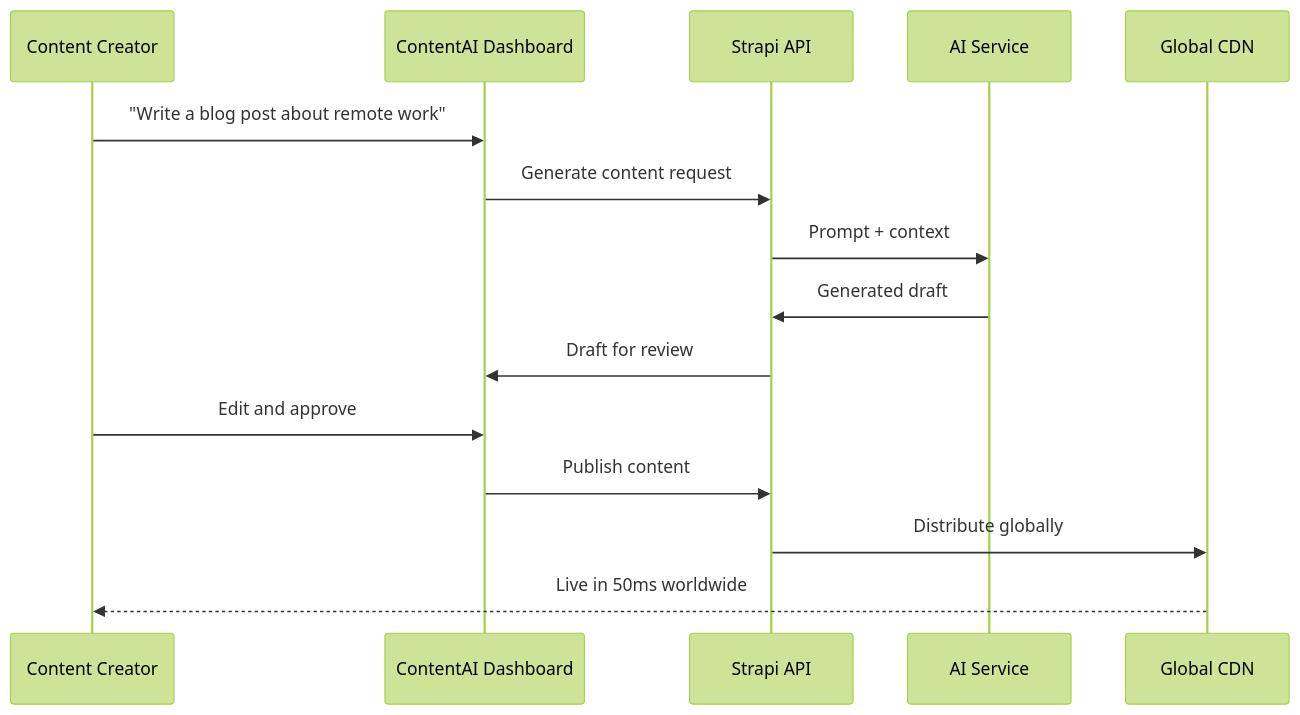
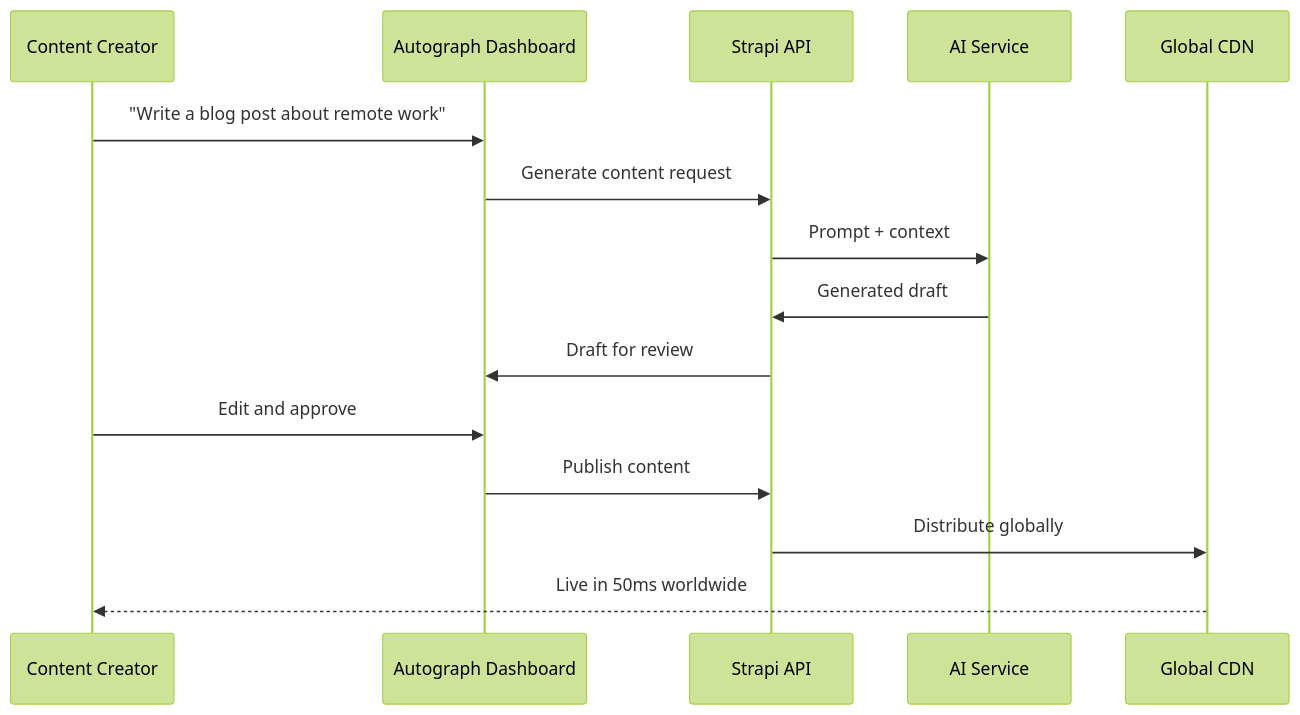
One commit to PearlThoughtsInternship/Internship-Obsidian-Vault changed the fourth of 7 diagrams in DevOps/01-Product/01-Vision.md. Above: the diagram before and after it, drawn with Mermaid (forest theme). The commit also changed other lines of this file and 1 other file, not shown here.

First line of the commit message:
rebrand: Product Vision + Security with Autograph context

````diff
--- a/DevOps/01-Product/01-Vision.md
+++ b/DevOps/01-Product/01-Vision.md
@@ -133,20 +133,20 @@
 ```mermaid
 sequenceDiagram
     participant Creator as Content Creator
-    participant UI as ContentAI Dashboard
+    participant UI as Autograph Dashboard
     participant API as Strapi API
     participant AI as AI Service
     participant CDN as Global CDN
 
     Creator->>UI: "Write a blog post about remote work"
     UI->>API: Generate content request
     API->>AI: Prompt + context
     AI->>API: Generated draft
     API->>UI: Draft for review
 
     Creator->>UI: Edit and approve
     UI->>API: Publish content
 
     API->>CDN: Distribute globally
     CDN-->>Creator: Live in 50ms worldwide
 ```
````
